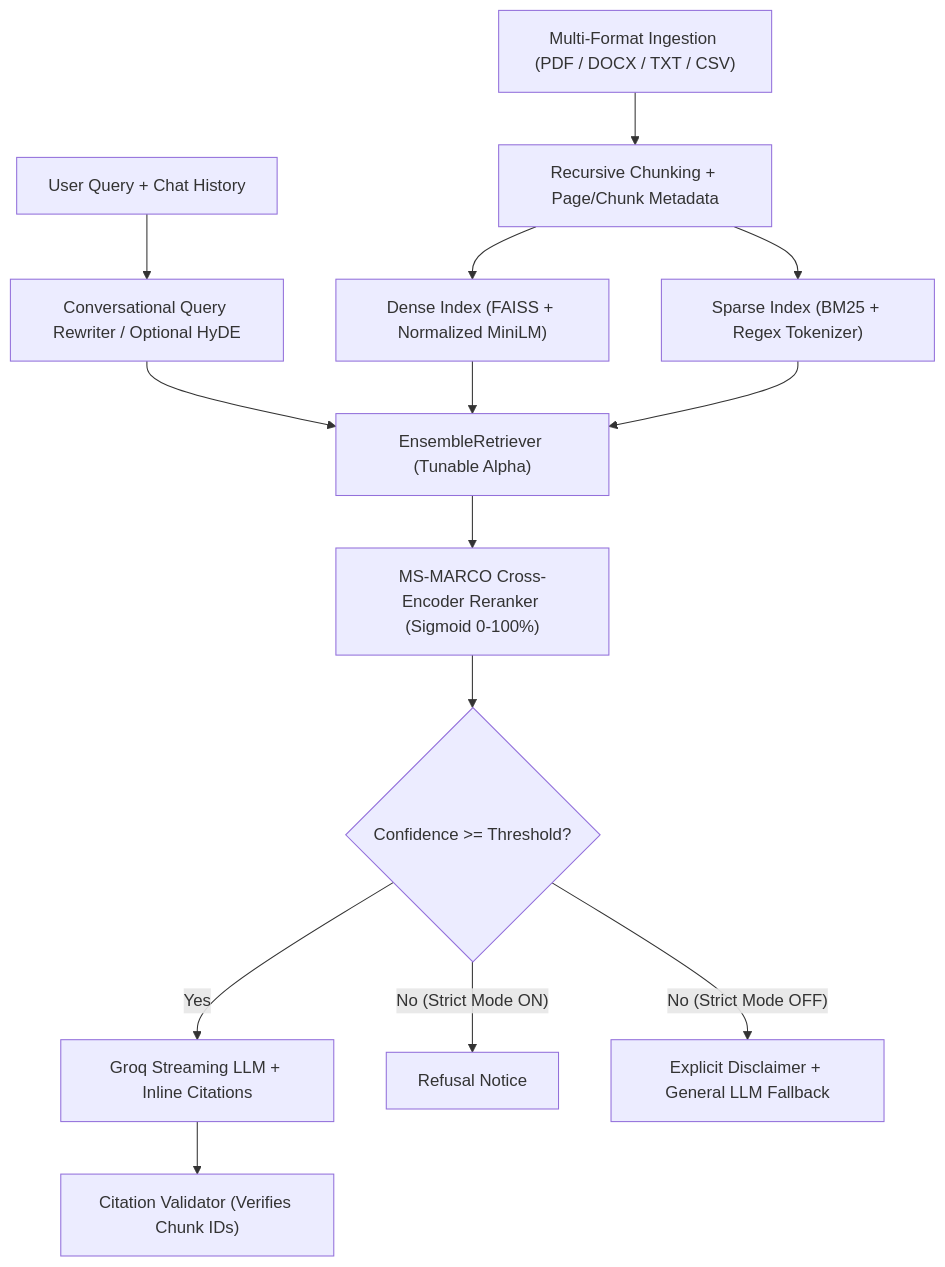
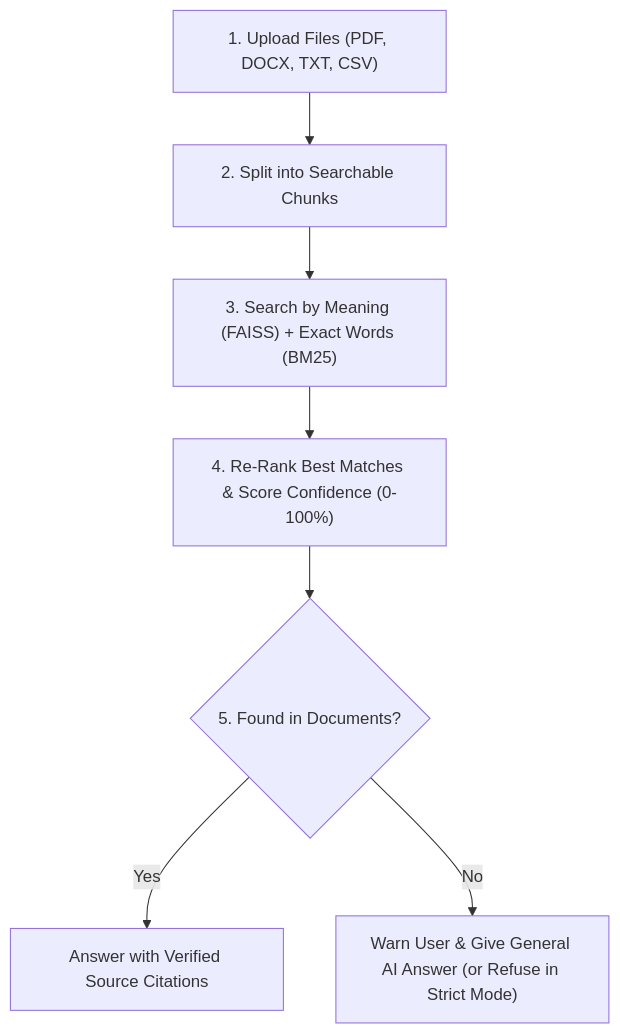
One commit to ahemadraza31/veridoc-hybrid-rag changed the diagram in README.md. Above: the diagram before and after it, drawn with Mermaid. The commit also changed other lines of this file, not shown here.

Commit message:
docs: simplify README language for general and recruiter readability

````diff
--- a/README.md
+++ b/README.md
@@ -22,16 +22,9 @@
 ```mermaid
 flowchart TD
-    A["Multi-Format Ingestion (PDF / DOCX / TXT / CSV)"] --> B["Recursive Chunking + Page/Chunk Metadata"]
-    B --> C["Dense Index (FAISS + Normalized MiniLM)"]
-    B --> D["Sparse Index (BM25 + Regex Tokenizer)"]
-    Q["User Query + Chat History"] --> R["Conversational Query Rewriter / Optional HyDE"]
-    R --> E["EnsembleRetriever (Tunable Alpha)"]
-    C --> E
-    D --> E
-    E --> F["MS-MARCO Cross-Encoder Reranker (Sigmoid 0-100%)"]
-    F --> G{"Confidence >= Threshold?"}
-    G -- "Yes" --> H["Groq Streaming LLM + Inline Citations"]
-    H --> I["Citation Validator (Verifies Chunk IDs)"]
-    G -- "No (Strict Mode ON)" --> J["Refusal Notice"]
-    G -- "No (Strict Mode OFF)" --> K["Explicit Disclaimer + General LLM Fallback"]
+    A["1. Upload Files (PDF, DOCX, TXT, CSV)"] --> B["2. Split into Searchable Chunks"]
+    B --> C["3. Search by Meaning (FAISS) + Exact Words (BM25)"]
+    C --> D["4. Re-Rank Best Matches & Score Confidence (0-100%)"]
+    D --> E{"5. Found in Documents?"}
+    E -- "Yes" --> F["Answer with Verified Source Citations"]
+    E -- "No" --> G["Warn User & Give General AI Answer (or Refuse in Strict Mode)"]
 ```
````
